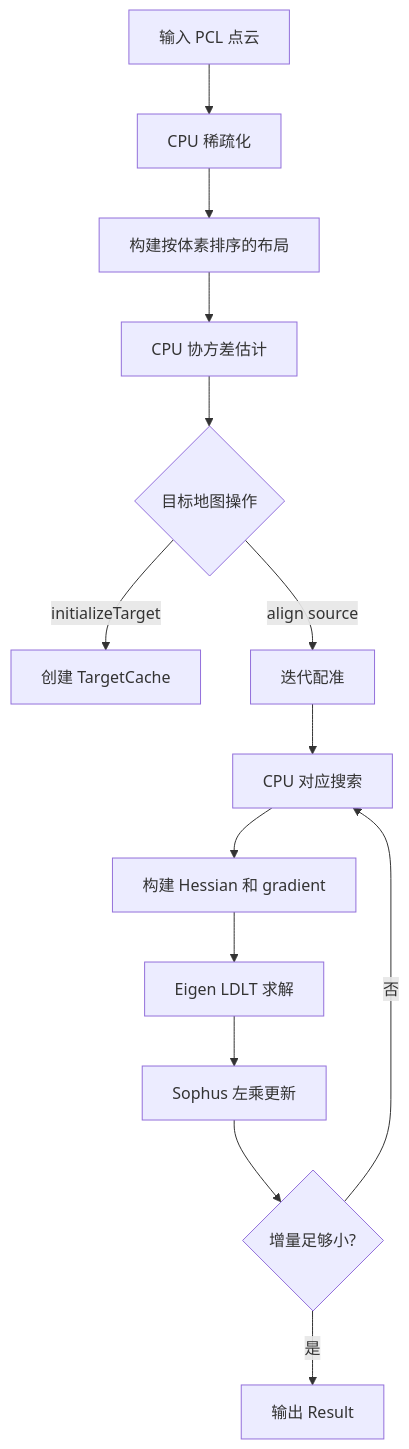
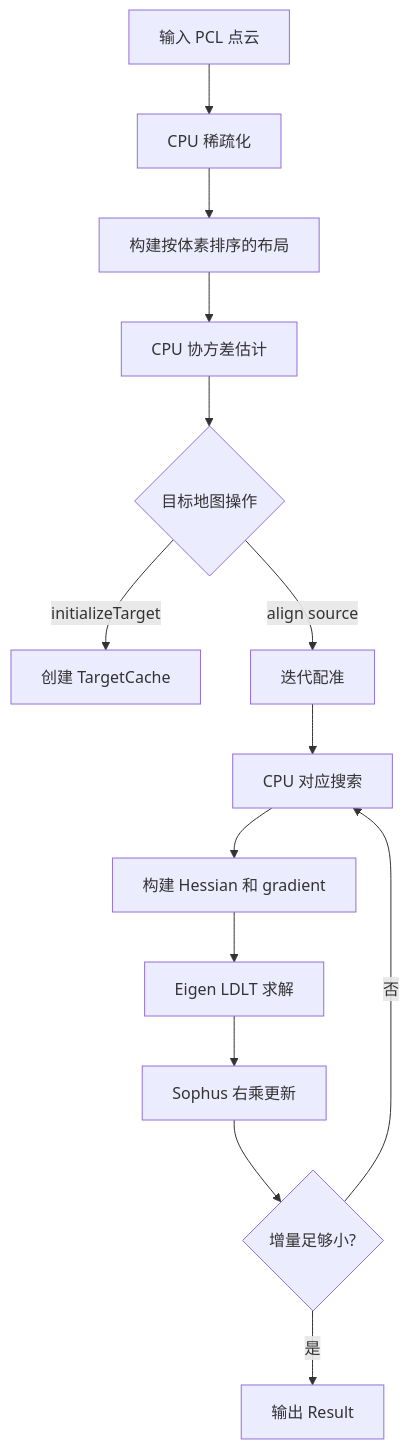
The diagram in trailer_localization/packages/perception/docs/SparsityAwareGICP_algorithm.md (AventLone/CageStack_IBVS), drawn with Mermaid before and after one commit. The commit also changed other lines of this file and 19 other files, not shown here.

````diff
--- a/trailer_localization/packages/perception/docs/SparsityAwareGICP_algorithm.md
+++ b/trailer_localization/packages/perception/docs/SparsityAwareGICP_algorithm.md
@@ -94,16 +94,16 @@
 ```mermaid
 flowchart TD
     A[输入 PCL 点云] --> B[CPU 稀疏化]
     B --> C[构建按体素排序的布局]
     C --> D[CPU 协方差估计]
     D --> E{目标地图操作}
     E -->|initializeTarget| F[创建 TargetCache]
     E -->|align source| G[迭代配准]
     G --> H[CPU 对应搜索]
     H --> I[构建 Hessian 和 gradient]
     I --> J[Eigen LDLT 求解]
-    J --> K[Sophus 左乘更新]
+    J --> K[Sophus 右乘更新]
     K --> L{增量足够小?}
     L -->|否| H
     L -->|是| M[输出 Result]
 ```
````
